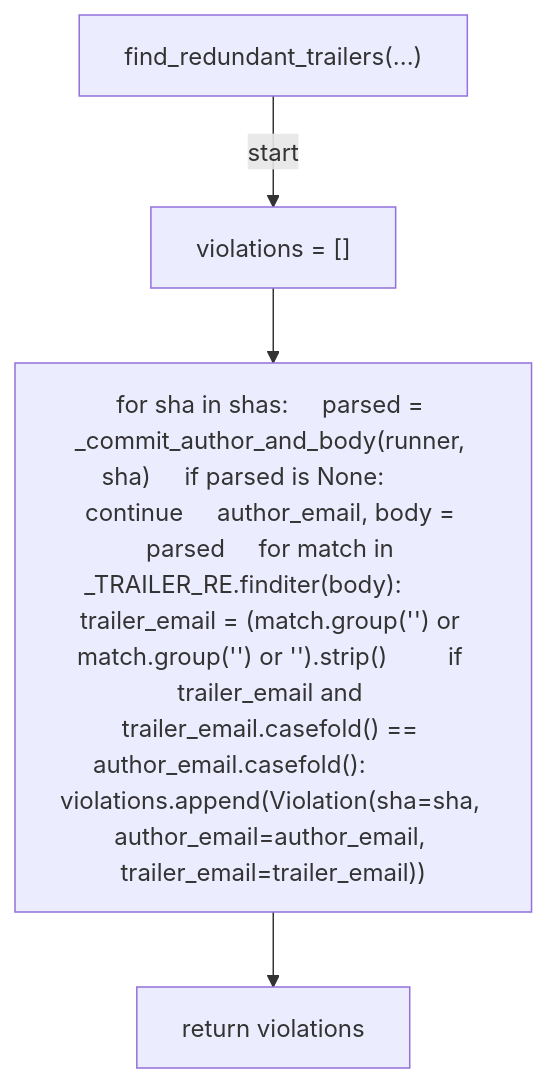
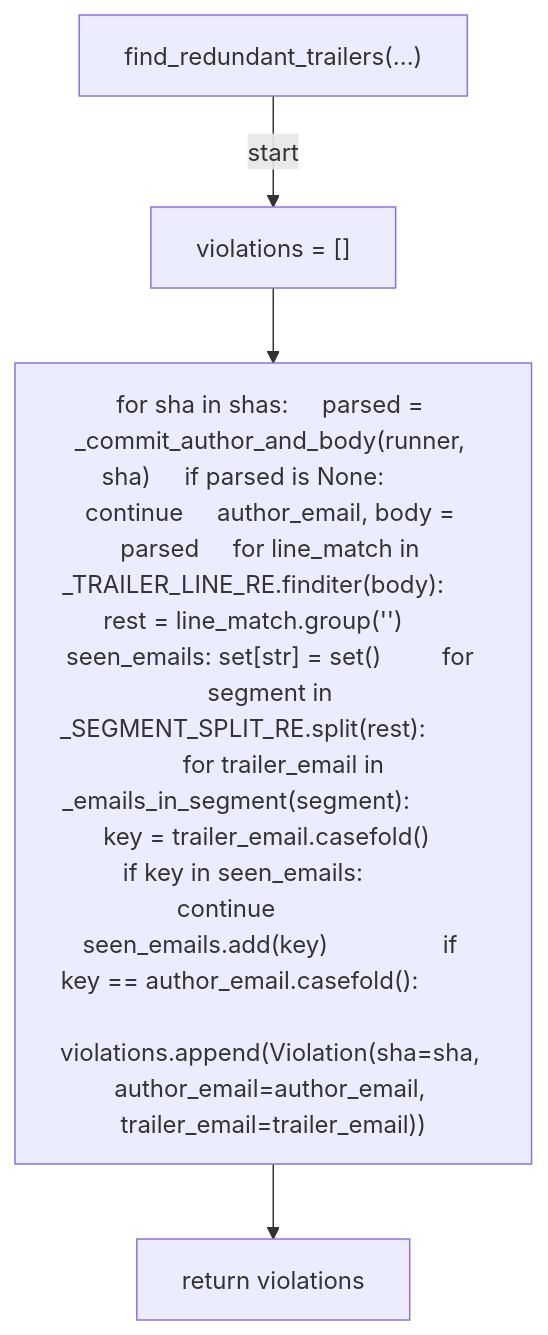
Before and after one commit to tvna/claude-md: the third of 8 diagrams in docs/generated/scripts/ast/preflight_coauthor_trailer.md, drawn with Mermaid. The commit also changed other lines of this file and 11 other files, not shown here.

First line of the commit message:
docs(generated): regenerate decision tree and workflow diagrams

````diff
--- a/docs/generated/scripts/ast/preflight_coauthor_trailer.md
+++ b/docs/generated/scripts/ast/preflight_coauthor_trailer.md
@@ -39,10 +47,10 @@
 ```mermaid
 flowchart TD
     N001["find_redundant_trailers(...)"]
     N002["violations = []"]
-    N003["for sha in shas:     parsed = _commit_author_and_body(runner, sha)     if parsed is None:         continue     author_email, body = parsed     for match in _TRAILER_RE.finditer(body):         trailer_email = (match.group('<str>') or match.group('<str>') or '<str>').strip()         if trailer_email and trailer_email.casefold() == author_email.casefold():             violations.append(Violation(sha=sha, author_email=author_email, trailer_email=trailer_email))"]
+    N003["for sha in shas:     parsed = _commit_author_and_body(runner, sha)     if parsed is None:         continue     author_email, body = parsed     for line_match in _TRAILER_LINE_RE.finditer(body):         rest = line_match.group('<str>')         seen_emails: set[str] = set()         for segment in _SEGMENT_SPLIT_RE.split(rest):             for trailer_email in _emails_in_segment(segment):                 key = trailer_email.casefold()                 if key in seen_emails:                     continue                 seen_emails.add(key)                 if key == author_email.casefold():                     violations.append(Violation(sha=sha, author_email=author_email, trailer_email=trailer_email))"]
     N004["return violations"]
     N001 -->|"start"| N002
     N002 --> N003
     N003 --> N004
 ```
````
